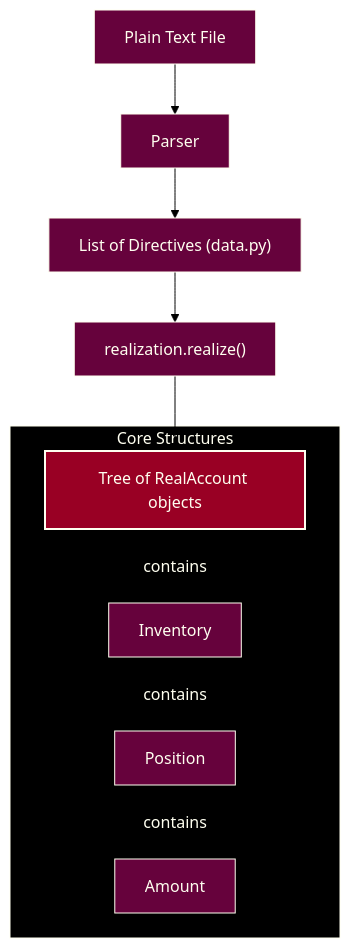
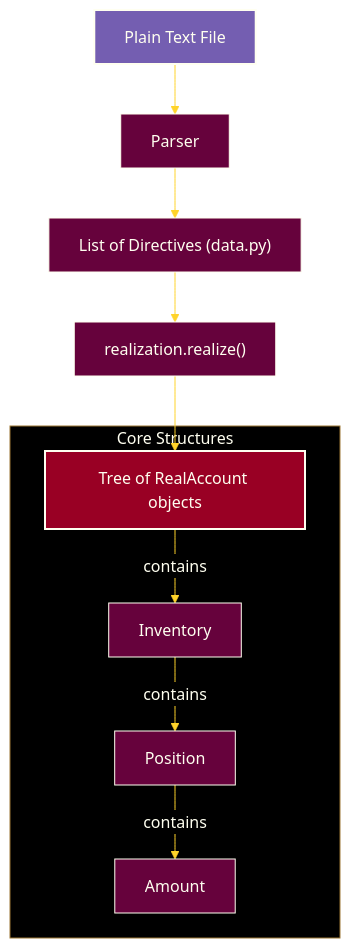
One commit to ryanduguid/beancount changed the diagram in beancount/core/docs.md. Above: the diagram before and after it, drawn with Mermaid. The commit also changed 2 other files, not shown here.

Commit message:
docs: extend Mermaid accent palette (#10)

````diff
--- a/beancount/core/docs.md
+++ b/beancount/core/docs.md
@@ -40,15 +40,17 @@
 ```mermaid
 graph TD
-%%{init: {"theme": "base", "look": "classic", "themeVariables": {"background": "#000000", "primaryColor": "#66023C", "primaryTextColor": "#FFFFF0", "primaryBorderColor": "#FFFFF0", "lineColor": "#000000", "textColor": "#FFFFF0", "edgeLabelBackground": "#000000", "clusterBkg": "#000000", "clusterBorder": "#FFFFF0", "titleColor": "#FFFFF0"}, "themeCSS": ".flowchart-link, .relationshipLine, marker path { filter: drop-shadow(0px 1px 0px #FFFFF0) drop-shadow(0px -1px 0px #FFFFF0) drop-shadow(1px 0px 0px #FFFFF0) drop-shadow(-1px 0px 0px #FFFFF0); }"}}%%
+%%{init: {"theme": "base", "look": "classic", "themeVariables": {"background": "#000000", "primaryColor": "#66023C", "primaryTextColor": "#FFFFF0", "primaryBorderColor": "#FFFFF0", "lineColor": "#FFD32A", "textColor": "#FFFFF0", "edgeLabelBackground": "#000000", "clusterBkg": "#000000", "clusterBorder": "#9B7735", "titleColor": "#FFFFF0"}}}%%
     Input[Plain Text File] --> Parser
     Parser --> Entries["List of Directives (data.py)"]
     Entries --> Realization["realization.realize()"]
     Realization --> RealAccountTree[Tree of RealAccount objects]
 
     subgraph Core Structures
     RealAccountTree -- contains --> Inventory
     Inventory -- contains --> Position
     Position -- contains --> Amount
     end
     style RealAccountTree fill:#990024,stroke:#FFFFF0,stroke-width:2px,color:#FFFFF0
+    classDef external fill:#745EB1,stroke:#FFFFF0,stroke-width:2px,color:#FFFFF0
+    class Input external
 ```
````
